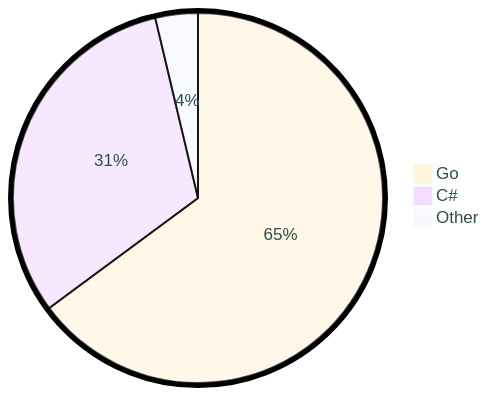
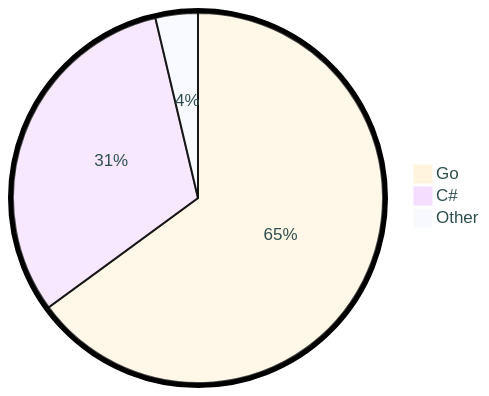
Before and after one commit to tot0p/tot0p: the diagram in README.md, drawn with Mermaid. The commit also changed other lines of this file, not shown here.

````diff
--- a/README.md
+++ b/README.md
@@ -73,7 +73,7 @@
 ```mermaid
 %%{init: {"pie": {"textPosition": 0.5}, "themeVariables": {"pieOuterStrokeWidth": "5px","primaryTextColor" : "#2F4F4F"},"theme":"base"} }%%
 pie
-	"Go": 64.86
-	"C#": 31.43
-	"Other": 3.71
+	"Go": 64.94
+	"C#": 31.36
+	"Other": 3.6999999999999997
 ```
````
